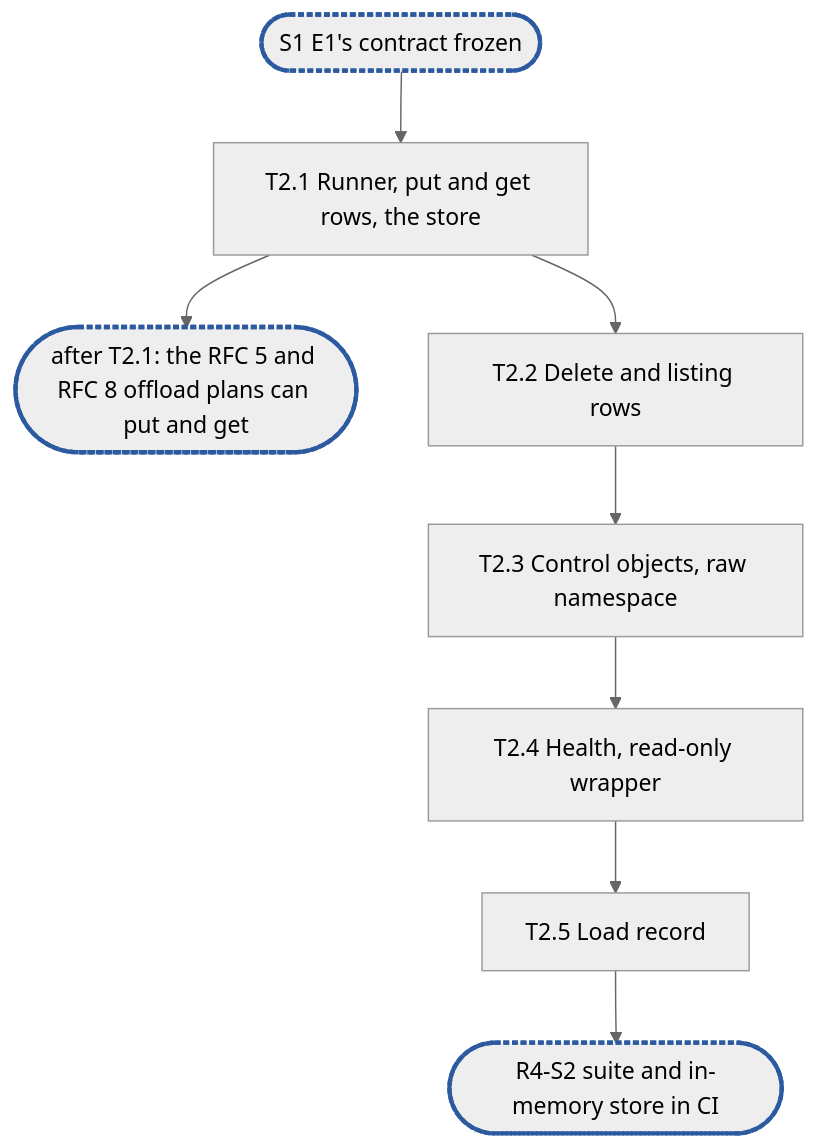
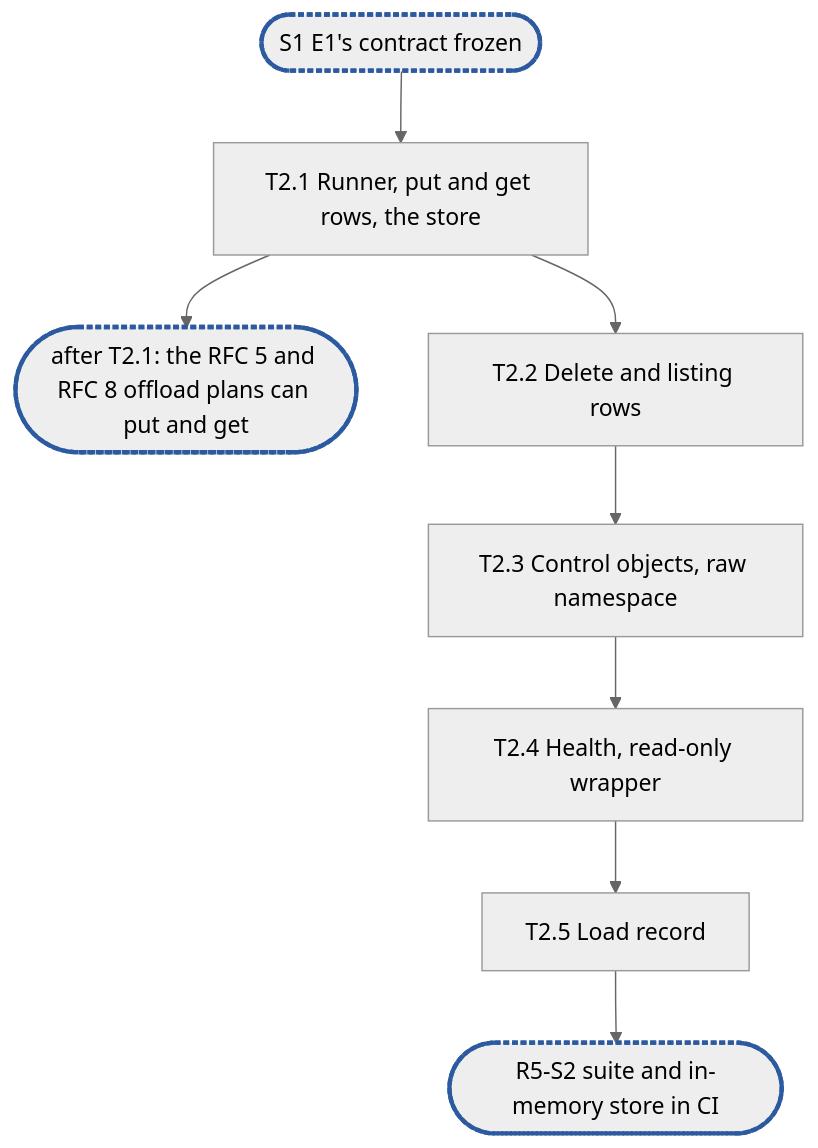
Before and after one commit to cubbit/dittofs: the diagram in .planning/rfc-4-remote-tier-epic2.md, drawn with Mermaid (neutral theme). The commit also changed other lines of this file, not shown here.

````diff
--- a/.planning/rfc-4-remote-tier-epic2.md
+++ b/.planning/rfc-4-remote-tier-epic2.md
@@ -544,9 +557,9 @@
 ```mermaid
 flowchart TD
   S1(["S1 E1's contract frozen"]):::sync --> T2_1["T2.1 Runner, put and get rows, the store"]
   T2_1 --> C1(["after T2.1: the RFC 5 and RFC 8 offload plans can put and get"]):::sync
   T2_1 --> T2_2["T2.2 Delete and listing rows"] --> T2_3["T2.3 Control objects, raw namespace"]
   T2_3 --> T2_4["T2.4 Health, read-only wrapper"] --> T2_5["T2.5 Load record"]
-  T2_5 --> RS2(["R4-S2 suite and in-memory store in CI"]):::sync
+  T2_5 --> RS2(["R5-S2 suite and in-memory store in CI"]):::sync
   classDef sync stroke:#2c5aa0,stroke-width:3px,stroke-dasharray:4 2
 ```
````
